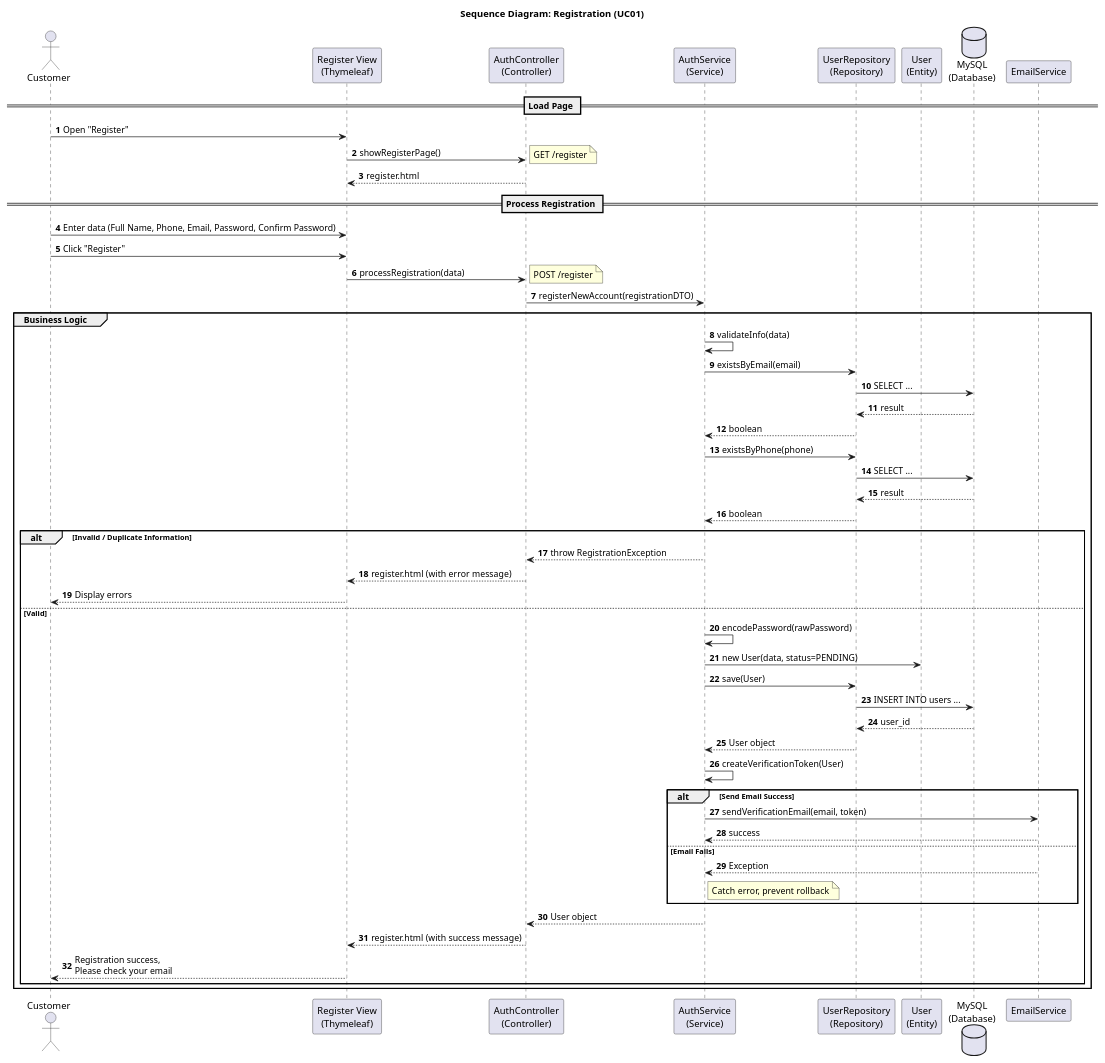
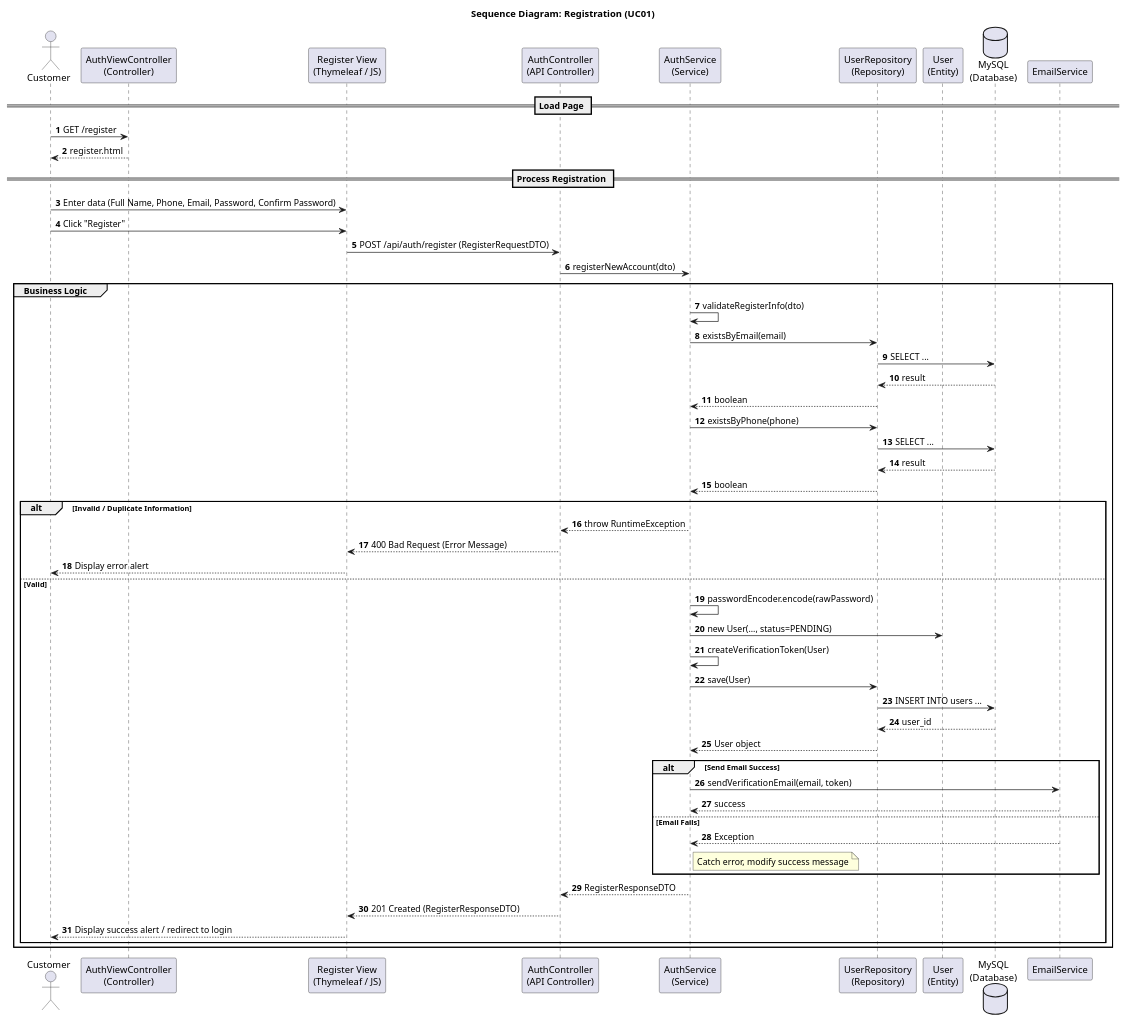
Before and after one commit to Peterdir/fashion-store-system: the diagram in src/main/java/org/example/fashionstoresystem/uml/Sequence/SD01_Registration.puml, drawn with PlantUML. The commit also changed 31 other files, not shown here.

Commit message:
Update uml

```diff
--- a/src/main/java/org/example/fashionstoresystem/uml/Sequence/SD01_Registration.puml
+++ b/src/main/java/org/example/fashionstoresystem/uml/Sequence/SD01_Registration.puml
@@ -1,68 +1,67 @@
 @startuml
 title Sequence Diagram: Registration (UC01)
 
 autonumber
 actor Customer
-participant "Register View\n(Thymeleaf)" as View
-participant "AuthController\n(Controller)" as Controller
+participant "AuthViewController\n(Controller)" as ViewController
+participant "Register View\n(Thymeleaf / JS)" as View
+participant "AuthController\n(API Controller)" as APIController
 participant "AuthService\n(Service)" as Service
 participant "UserRepository\n(Repository)" as Repository
 participant "User\n(Entity)" as Entity
 database "MySQL\n(Database)" as DB
 participant "EmailService" as Mail
 
 == Load Page ==
-Customer -> View : Open "Register"
-View -> Controller : showRegisterPage()
-note right: GET /register
-Controller --> View : register.html
+Customer -> ViewController : GET /register
+ViewController --> Customer : register.html
 
 == Process Registration ==
 Customer -> View : Enter data (Full Name, Phone, Email, Password, Confirm Password)
 Customer -> View : Click "Register"
-View -> Controller : processRegistration(data)
-note right: POST /register
-Controller -> Service : registerNewAccount(registrationDTO)
+View -> APIController : POST /api/auth/register (RegisterRequestDTO)
+
+APIController -> Service : registerNewAccount(dto)
 
 group Business Logic
-    Service -> Service : validateInfo(data)
+    Service -> Service : validateRegisterInfo(dto)
 
     Service -> Repository : existsByEmail(email)
     Repository -> DB : SELECT ...
     DB --> Repository : result
     Repository --> Service: boolean
     
     Service -> Repository : existsByPhone(phone)
     Repository -> DB : SELECT ...
     DB --> Repository : result
     Repository --> Service: boolean
 
     alt Invalid / Duplicate Information
-        Service --> Controller : throw RegistrationException
-        Controller --> View : register.html (with error message)
-        View --> Customer : Display errors
+        Service --> APIController : throw RuntimeException
+        APIController --> View : 400 Bad Request (Error Message)
+        View --> Customer : Display error alert
     else Valid
-        Service -> Service : encodePassword(rawPassword)
-        Service -> Entity: new User(data, status=PENDING)
+        Service -> Service : passwordEncoder.encode(rawPassword)
+        Service -> Entity: new User(..., status=PENDING)
+
+        Service -> Service : createVerificationToken(User)
 
         Service -> Repository : save(User)
         Repository -> DB : INSERT INTO users ...
         DB --> Repository : user_id
         Repository --> Service : User object
-
-        Service -> Service : createVerificationToken(User)
         
         alt Send Email Success
             Service -> Mail : sendVerificationEmail(email, token)
             Mail --> Service : success
         else Email Fails
             Mail --> Service : Exception
-            note right of Service: Catch error, prevent rollback
+            note right of Service: Catch error, modify success message
         end
 
-        Service --> Controller : User object
-        Controller --> View : register.html (with success message)
-        View --> Customer : Registration success, \nPlease check your email
+        Service --> APIController : RegisterResponseDTO
+        APIController --> View : 201 Created (RegisterResponseDTO)
+        View --> Customer : Display success alert / redirect to login
     end
 end
 @enduml
```
